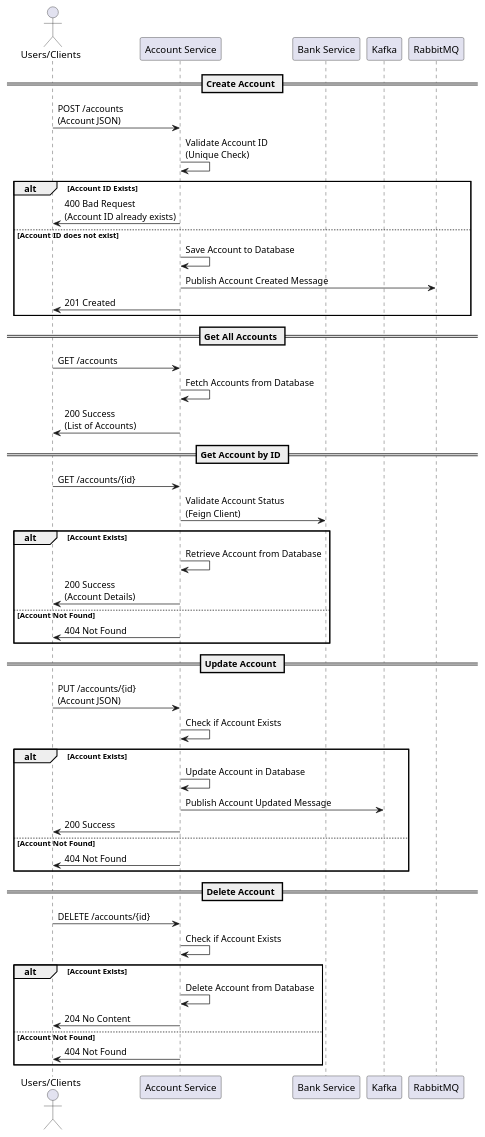
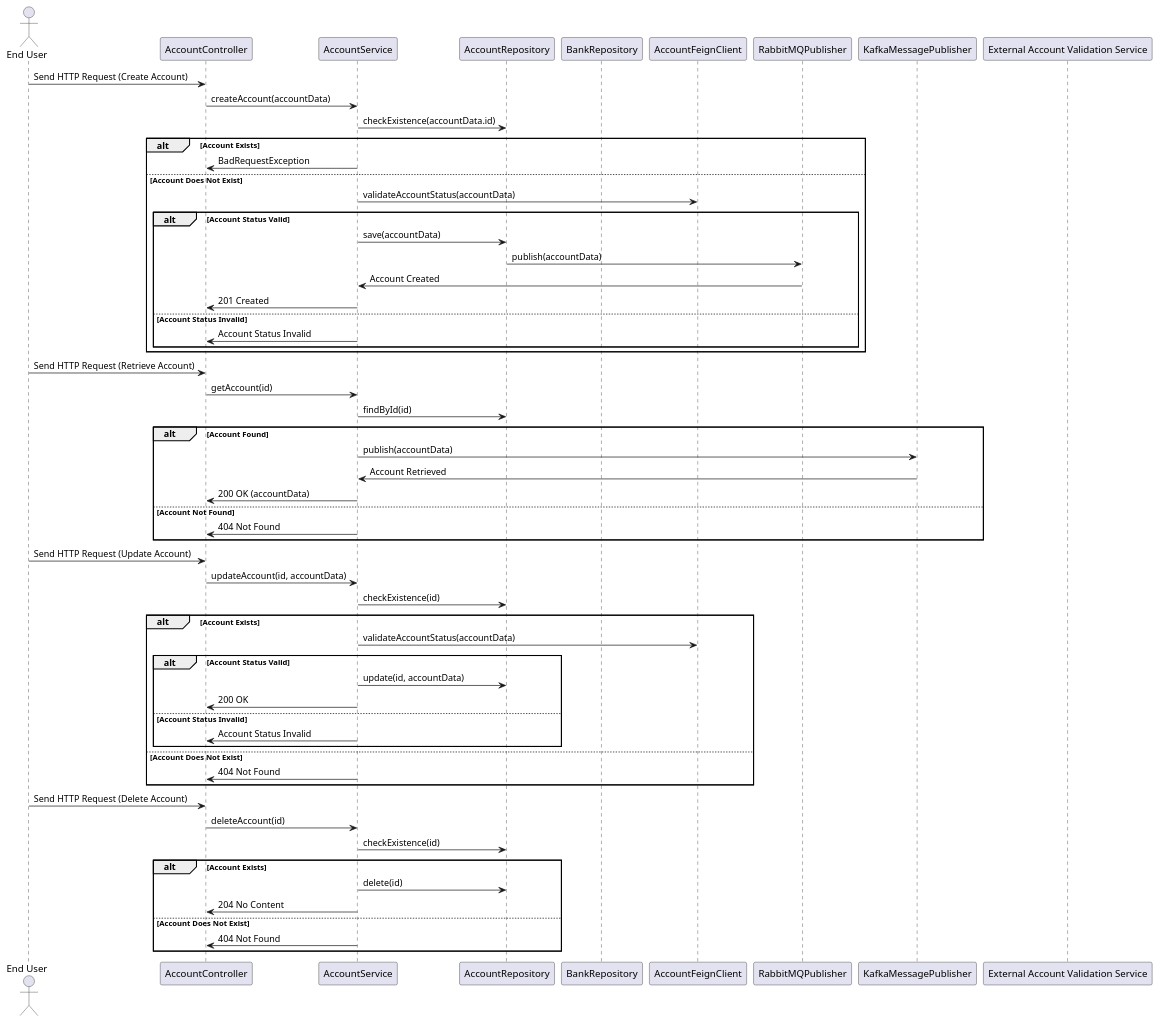
One commit to Bhaskar-Pavan/AccountService changed the diagram in design_document/Account_service.md. Above: the diagram before and after it, drawn with PlantUML. The commit also changed other lines of this file, not shown here.

````diff
--- a/design_document/Account_service.md
+++ b/design_document/Account_service.md
@@ -37,57 +38,67 @@
 ```plantuml
 @startuml
-actor User as "Users/Clients"
-participant "Account Service" as AccountService
-participant "Bank Service" as BankService
-participant "Kafka" as Kafka
-participant "RabbitMQ" as RabbitMQ
+actor "End User" as User
+participant "AccountController" as Controller
+participant "AccountService" as Service
+participant "AccountRepository" as AccountRepo
+participant "BankRepository" as BankRepo
+participant "AccountFeignClient" as FeignClient
+participant "RabbitMQPublisher" as RabbitMQ
+participant "KafkaMessagePublisher" as Kafka
+participant "External Account Validation Service" as ExternalService
 
-== Create Account ==
-User -> AccountService : POST /accounts\n(Account JSON)
-AccountService -> AccountService : Validate Account ID\n(Unique Check)
-alt Account ID Exists
-    AccountService -> User : 400 Bad Request\n(Account ID already exists)
-else Account ID does not exist
-    AccountService -> AccountService : Save Account to Database
-    AccountService -> RabbitMQ : Publish Account Created Message
-    AccountService -> User : 201 Created
+User -> Controller: Send HTTP Request (Create Account)
+Controller -> Service: createAccount(accountData)
+Service -> AccountRepo: checkExistence(accountData.id)
+alt Account Exists
+    Service -> Controller: BadRequestException
+else Account Does Not Exist
+    Service -> FeignClient: validateAccountStatus(accountData)
+    alt Account Status Valid
+        Service -> AccountRepo: save(accountData)
+        AccountRepo -> RabbitMQ: publish(accountData)
+        RabbitMQ -> Service: Account Created
+        Service -> Controller: 201 Created
+    else Account Status Invalid
+        Service -> Controller: Account Status Invalid
+    end
 end
 
-== Get All Accounts ==
-User -> AccountService : GET /accounts
-AccountService -> AccountService : Fetch Accounts from Database
-AccountService -> User : 200 Success\n(List of Accounts)
-
-== Get Account by ID ==
-User -> AccountService : GET /accounts/{id}
-AccountService -> BankService : Validate Account Status\n(Feign Client)
-alt Account Exists
-    AccountService -> AccountService : Retrieve Account from Database
-    AccountService -> User : 200 Success\n(Account Details)
+User -> Controller: Send HTTP Request (Retrieve Account)
+Controller -> Service: getAccount(id)
+Service -> AccountRepo: findById(id)
+alt Account Found
+    Service -> Kafka: publish(accountData)
+    Kafka -> Service: Account Retrieved
+    Service -> Controller: 200 OK (accountData)
 else Account Not Found
-    AccountService -> User : 404 Not Found
+    Service -> Controller: 404 Not Found
 end
 
-== Update Account ==
-User -> AccountService : PUT /accounts/{id}\n(Account JSON)
-AccountService -> AccountService : Check if Account Exists
+User -> Controller: Send HTTP Request (Update Account)
+Controller -> Service: updateAccount(id, accountData)
+Service -> AccountRepo: checkExistence(id)
 alt Account Exists
-    AccountService -> AccountService : Update Account in Database
-    AccountService -> Kafka : Publish Account Updated Message
-    AccountService -> User : 200 Success
-else Account Not Found
-    AccountService -> User : 404 Not Found
+    Service -> FeignClient: validateAccountStatus(accountData)
+    alt Account Status Valid
+        Service -> AccountRepo: update(id, accountData)
+        Service -> Controller: 200 OK
+    else Account Status Invalid
+        Service -> Controller: Account Status Invalid
+    end
+else Account Does Not Exist
+    Service -> Controller: 404 Not Found
 end
 
-== Delete Account ==
-User -> AccountService : DELETE /accounts/{id}
-AccountService -> AccountService : Check if Account Exists
+User -> Controller: Send HTTP Request (Delete Account)
+Controller -> Service: deleteAccount(id)
+Service -> AccountRepo: checkExistence(id)
 alt Account Exists
-    AccountService -> AccountService : Delete Account from Database
-    AccountService -> User : 204 No Content
-else Account Not Found
-    AccountService -> User : 404 Not Found
+    Service -> AccountRepo: delete(id)
+    Service -> Controller: 204 No Content
+else Account Does Not Exist
+    Service -> Controller: 404 Not Found
 end
 
 @enduml
 ```
````
